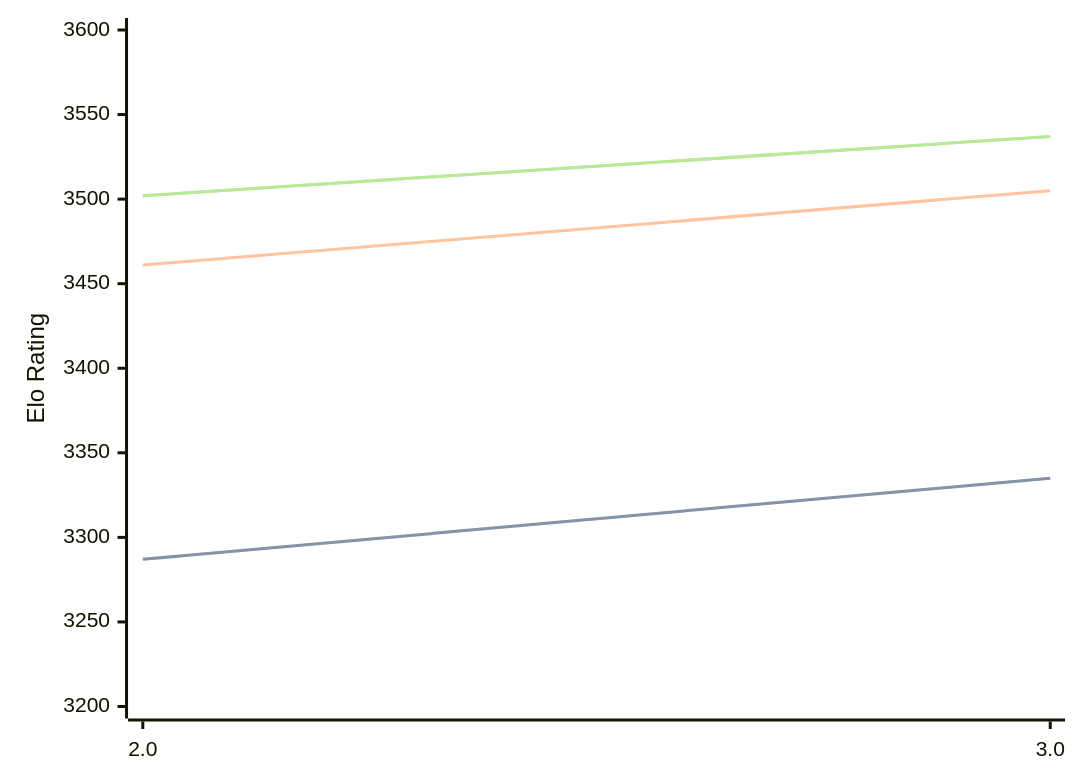
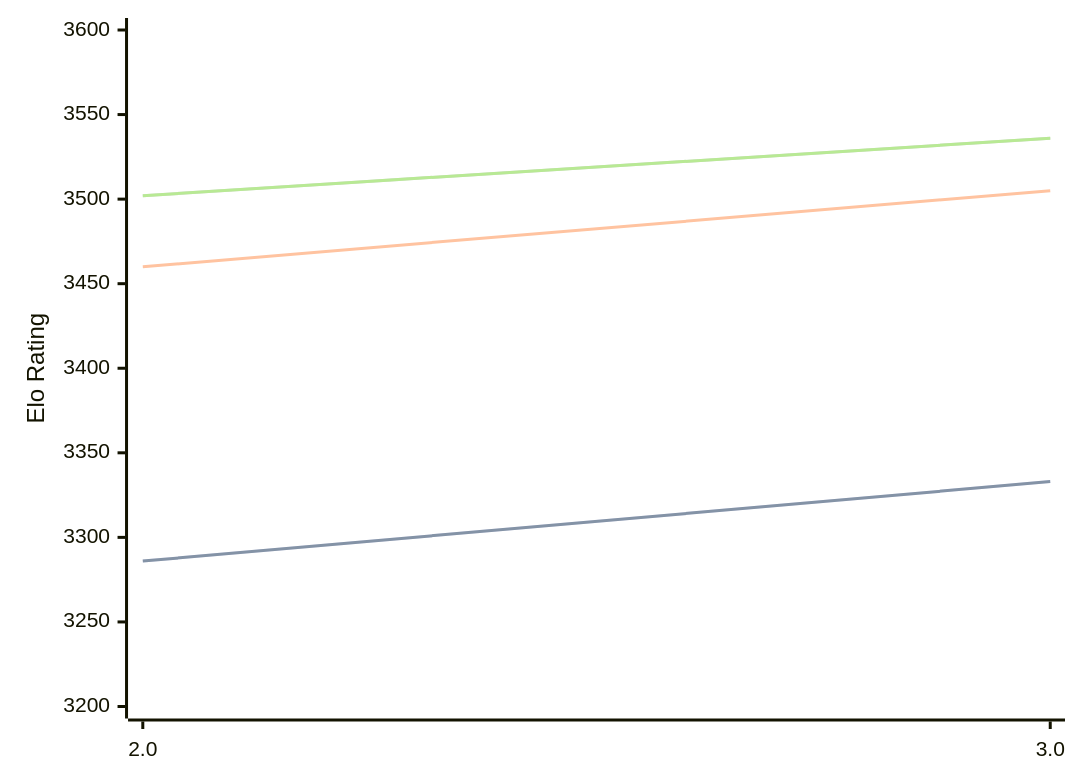
One commit to computer-chess-index/cci changed the diagram in engines/Quanticade.md. Above: the diagram before and after it, drawn with Mermaid. The commit also changed other lines of this file, not shown here.

Commit message:
Update CCI Ratings (ELO VLTC) - 2026-08-03

````diff
--- a/engines/Quanticade.md
+++ b/engines/Quanticade.md
@@ -41,11 +41,11 @@
 ```mermaid
 %%{init: {"theme":"base","themeVariables":{"seriesColors:['#a3a3a3','#222221','#faa371']}}}%%
 xychart-beta
   x-axis ["2.0", "3.0"]
   y-axis "Elo Rating" 3200 --> 3600
-  line "STC (8.0+0.08s)" [3287, 3335]
-  line "STC (8.0+0.08s)" [3287, 3335]
-  line "LTC (60.0+0.60s)" [3461, 3505]
-  line "VLTC (2m24s+1.12s)" [3502, 3537]
-  line "VLTC (2m24s+1.12s)" [3502, 3537]
+  line "STC (8.0+0.08s)" [3286, 3333]
+  line "STC (8.0+0.08s)" [3286, 3333]
+  line "LTC (60.0+0.60s)" [3460, 3505]
+  line "VLTC (2m24s+1.12s)" [3502, 3536]
+  line "VLTC (2m24s+1.12s)" [3502, 3536]
 ```
````
